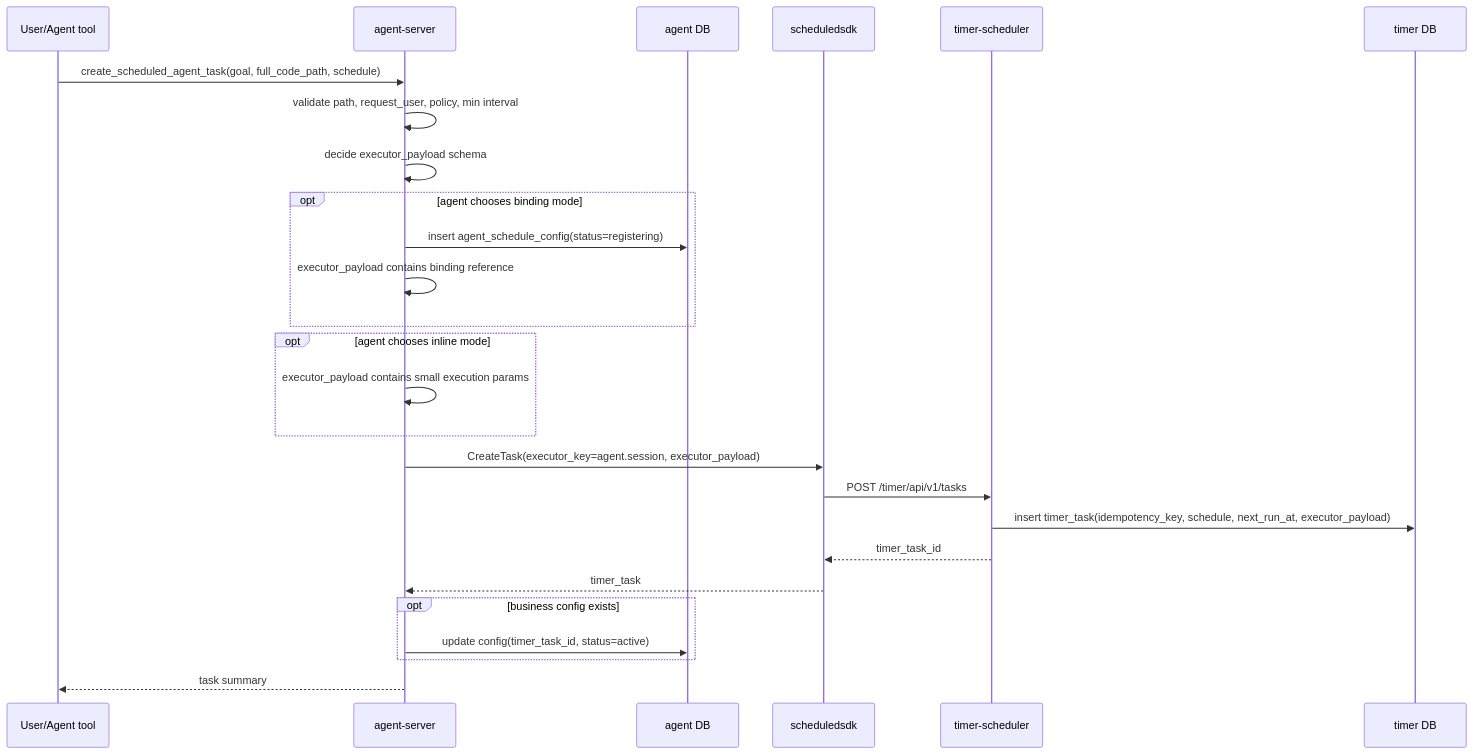
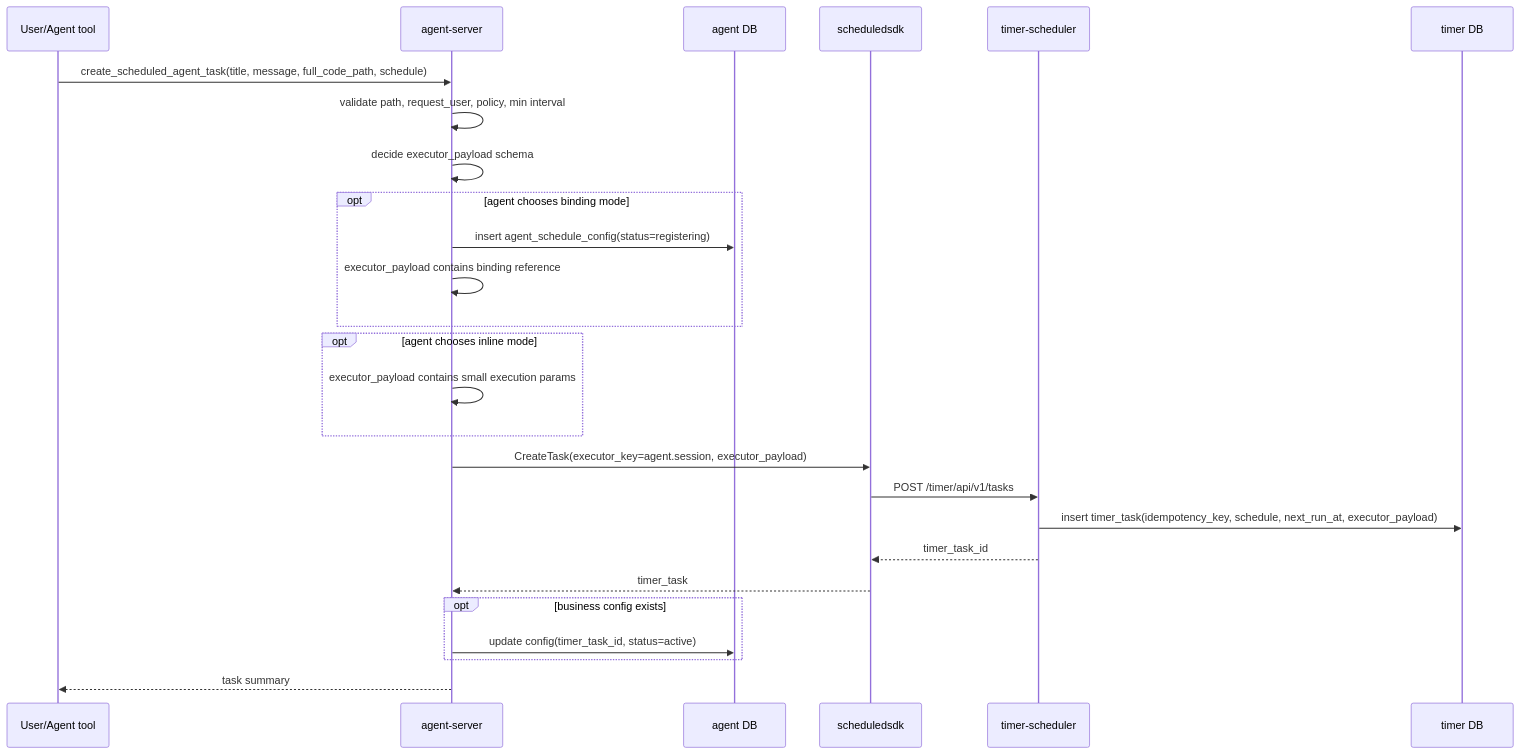
One commit to kageos/kageos changed the sixth of 19 diagrams in docs/scheduled-tasks-architecture-design.md. Above: the diagram before and after it, drawn with Mermaid. The commit also changed other lines of this file and 164 other files, not shown here.

Commit message:
feat: add scheduled tasks and message service

````diff
--- a/docs/scheduled-tasks-architecture-design.md
+++ b/docs/scheduled-tasks-architecture-design.md
@@ -294,29 +297,29 @@
 ```mermaid
 sequenceDiagram
   participant User as User/Agent tool
   participant Agent as agent-server
   participant AgentDB as agent DB
   participant SDK as scheduledsdk
   participant Timer as timer-scheduler
   participant TimerDB as timer DB
 
-  User->>Agent: create_scheduled_agent_task(goal, full_code_path, schedule)
+  User->>Agent: create_scheduled_agent_task(title, message, full_code_path, schedule)
   Agent->>Agent: validate path, request_user, policy, min interval
   Agent->>Agent: decide executor_payload schema
   opt agent chooses binding mode
     Agent->>AgentDB: insert agent_schedule_config(status=registering)
     Agent->>Agent: executor_payload contains binding reference
   end
   opt agent chooses inline mode
     Agent->>Agent: executor_payload contains small execution params
   end
   Agent->>SDK: CreateTask(executor_key=agent.session, executor_payload)
   SDK->>Timer: POST /timer/api/v1/tasks
   Timer->>TimerDB: insert timer_task(idempotency_key, schedule, next_run_at, executor_payload)
   Timer-->>SDK: timer_task_id
   SDK-->>Agent: timer_task
   opt business config exists
     Agent->>AgentDB: update config(timer_task_id, status=active)
   end
   Agent-->>User: task summary
 ```
````
